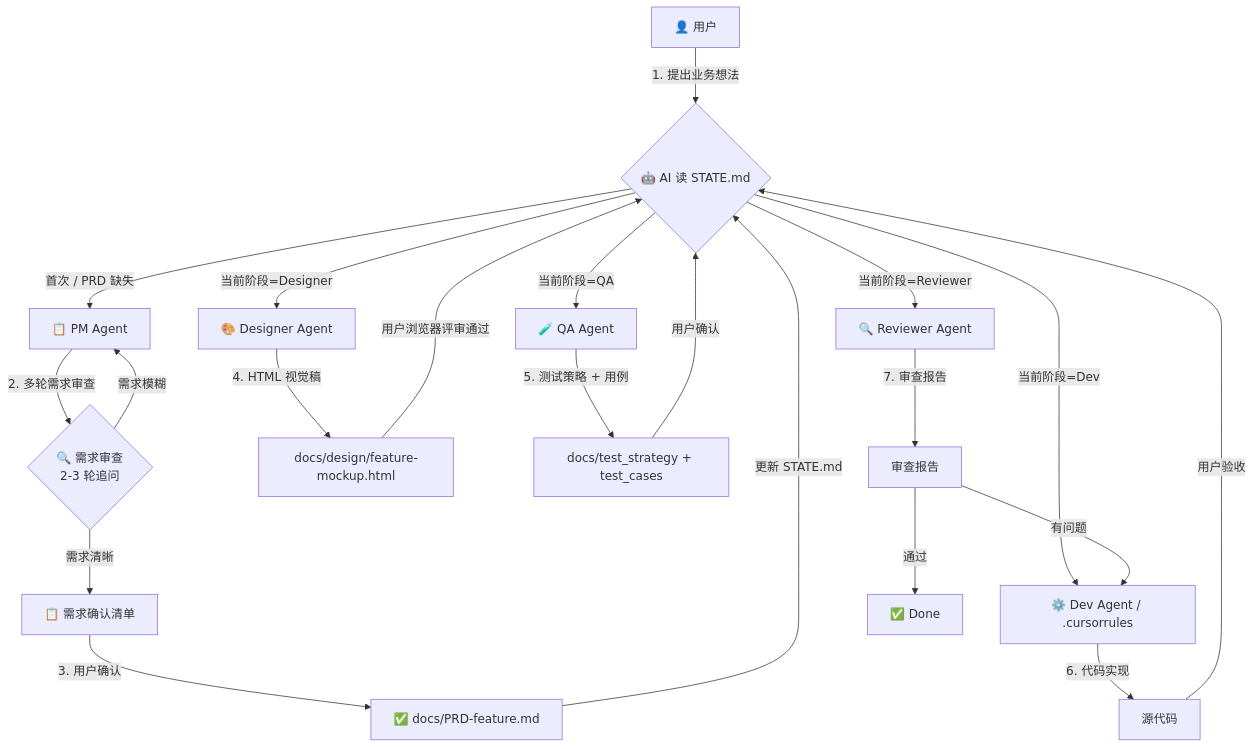
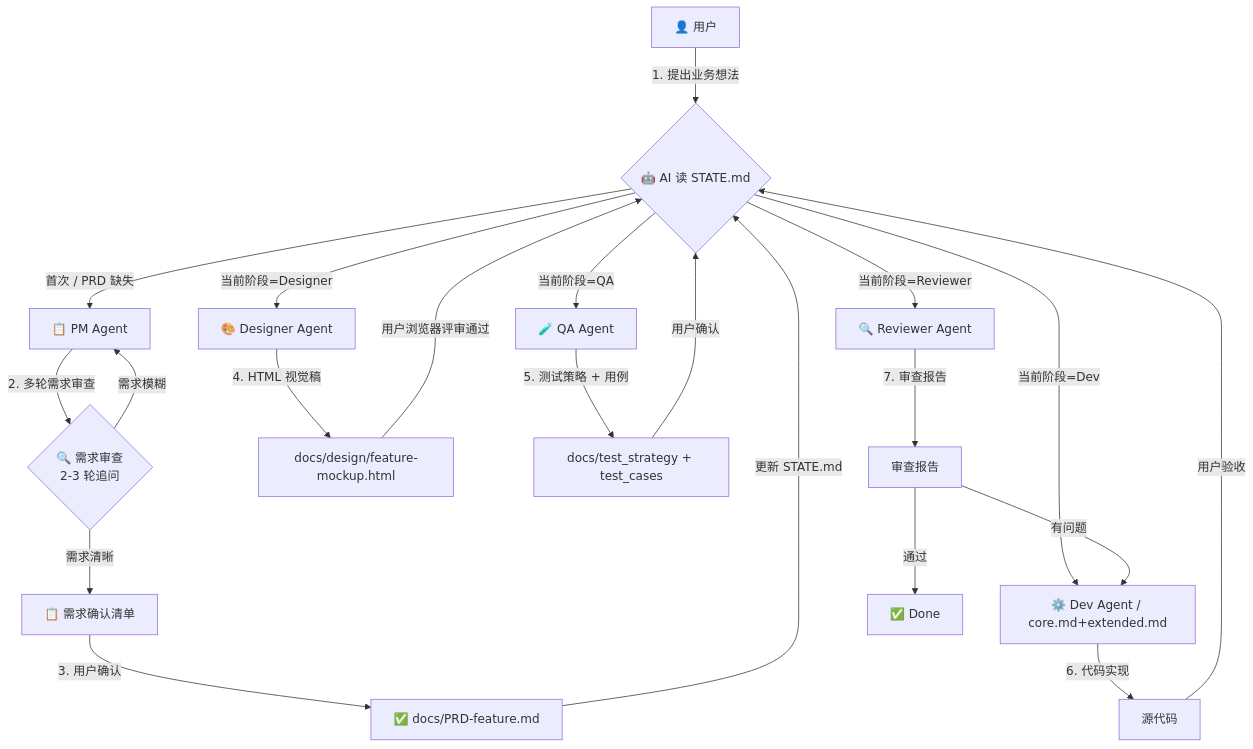
The diagram in rules/roles/orchestration.md (MickMi/mick_harness_rules), drawn with Mermaid before and after one commit. The commit also changed other lines of this file and 2 other files, not shown here.

````diff
--- a/rules/roles/orchestration.md
+++ b/rules/roles/orchestration.md
@@ -51,27 +51,27 @@
 ```mermaid
 flowchart TD
     User[👤 用户] -->|1. 提出业务想法| AI{🤖 AI 读 STATE.md}
     AI -->|首次 / PRD 缺失| PM[📋 PM Agent]
     PM -->|2. 多轮需求审查| Review{🔍 需求审查\n2-3 轮追问}
     Review -->|需求模糊| PM
     Review -->|需求清晰| Checklist[📋 需求确认清单]
     Checklist -->|3. 用户确认| PRD[✅ docs/PRD-feature.md]
     PRD -->|更新 STATE.md| AI
 
     AI -->|当前阶段=Designer| Designer[🎨 Designer Agent]
     Designer -->|4. HTML 视觉稿| Mockup[docs/design/feature-mockup.html]
     Mockup -->|用户浏览器评审通过| AI
 
     AI -->|当前阶段=QA| QA[🧪 QA Agent]
     QA -->|5. 测试策略 + 用例| TestDocs[docs/test_strategy + test_cases]
     TestDocs -->|用户确认| AI
 
-    AI -->|当前阶段=Dev| Dev[⚙️ Dev Agent / .cursorrules]
+    AI -->|当前阶段=Dev| Dev[⚙️ Dev Agent / core.md+extended.md]
     Dev -->|6. 代码实现| Code[源代码]
     Code -->|用户验收| AI
 
     AI -->|当前阶段=Reviewer| Reviewer[🔍 Reviewer Agent]
     Reviewer -->|7. 审查报告| Report[审查报告]
     Report -->|有问题| Dev
     Report -->|通过| Done[✅ Done]
 ```
````
